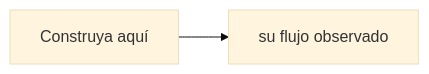
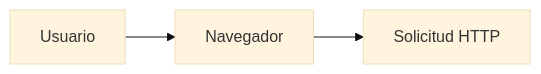
One commit to Jos3GS/Aplicaciones-y-Servicios-WEB changed the fifth of 5 diagrams in Clase 3/README.md. Above: the diagram before and after it, drawn with Mermaid (base theme). The commit also changed other lines of this file, not shown here.

Commit message:
Ejercicio de clase 19/08/2026

````diff
--- a/Clase 3/README.md
+++ b/Clase 3/README.md
@@ -302,4 +302,5 @@
 ``` mermaid
 flowchart LR
-    A[Construya aquí] --> B[su flujo observado]
+    A[Usuario] --> B[Navegador]
+    B --> C[Solicitud HTTP]
 ```
````
